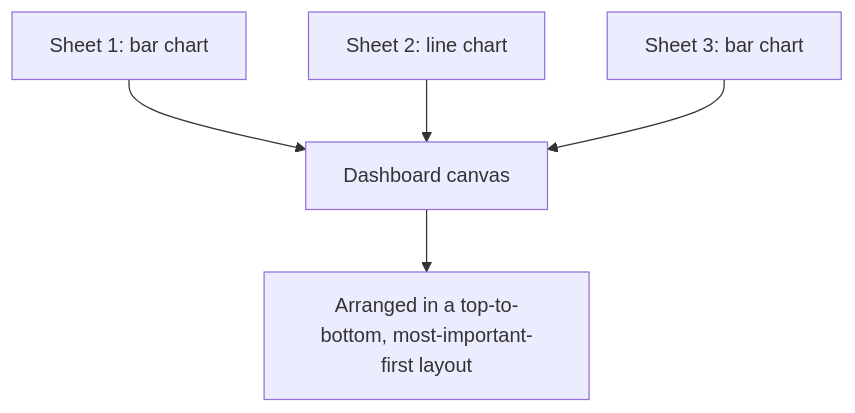
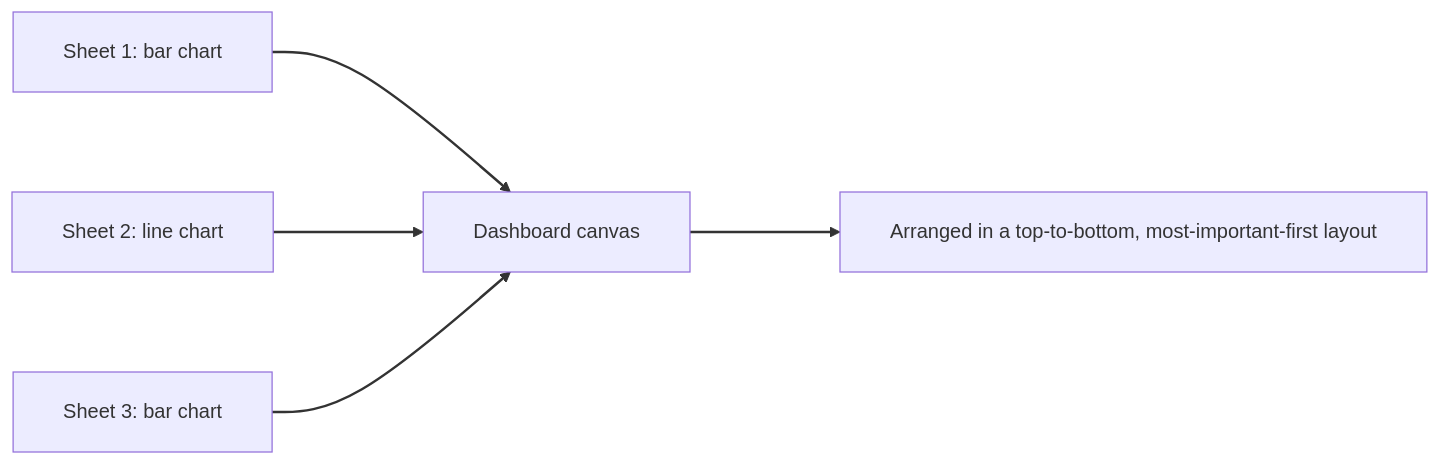
One commit to ritzrmx/Masai_Curriculum changed the second of 2 diagrams in IITP_AIML_Regional/IITP-GenAI-TA-I2606 & IITP-GenAI-TE-I-2608/Module-3/Academic Session 20 - Building a Dashboard/pre-read - Building a Dashboard.md. Above: the diagram before and after it, drawn with Mermaid. The commit also changed other lines of this file and 42 other files, not shown here.

Commit message:
chore: standardize mermaid mental-map and pre-read styling

````diff
--- a/IITP_AIML_Regional/IITP-GenAI-TA-I2606 & IITP-GenAI-TE-I-2608/Module-3/Academic Session 20 - Building a Dashboard/pre-read - Building a Dashboard.md
+++ b/IITP_AIML_Regional/IITP-GenAI-TA-I2606 & IITP-GenAI-TE-I-2608/Module-3/Academic Session 20 - Building a Dashboard/pre-read - Building a Dashboard.md
@@ -116,7 +125,11 @@
 ```mermaid
-flowchart TD
+%%{init: {'themeVariables': {'fontSize': '16px'}, 'flowchart': {'useMaxWidth': false, 'htmlLabels': true, 'nodeSpacing': 80, 'rankSpacing': 120, 'wrappingWidth': 620, 'padding': 20}}}%%
+flowchart LR
     A[Sheet 1: bar chart] --> D[Dashboard canvas]
     B[Sheet 2: line chart] --> D
     C[Sheet 3: bar chart] --> D
     D --> E[Arranged in a top-to-bottom, most-important-first layout]
+
+
+linkStyle default stroke-width:2px
 ```
````
